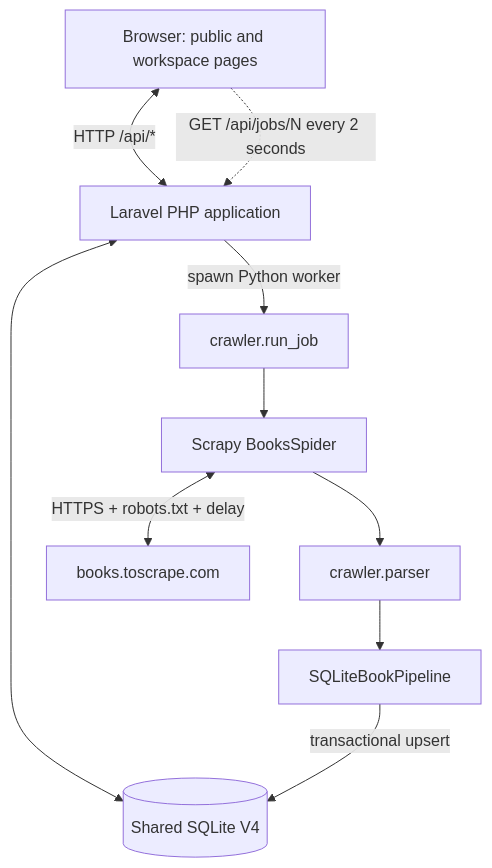
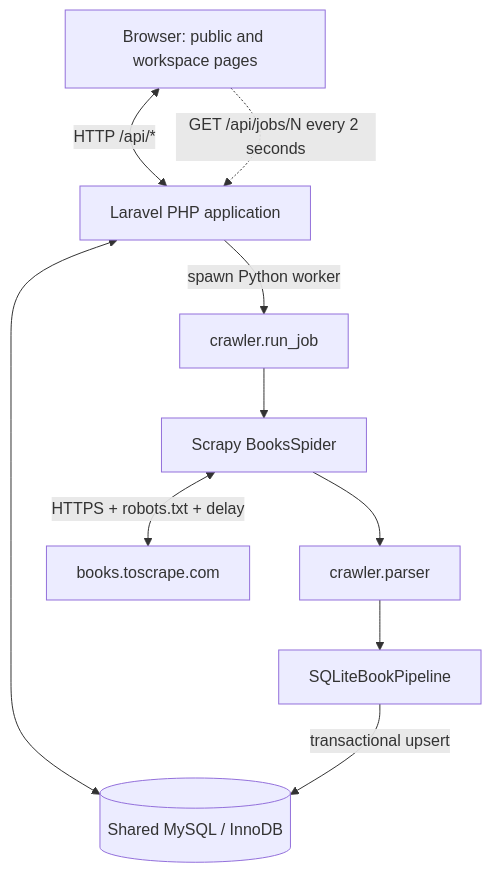
The first of 2 diagrams in docs/ARCHITECTURE.md (huytothevoz/LTW_ThucHanh), drawn with Mermaid before and after one commit. The commit also changed other lines of this file and 56 other files, not shown here.

````diff
--- a/docs/ARCHITECTURE.md
+++ b/docs/ARCHITECTURE.md
@@ -7,12 +7,12 @@
 ```mermaid
 flowchart TD
   UI[Browser: public and workspace pages] <-->|HTTP /api/*| WEB[Laravel PHP application]
-  WEB <--> DB[(Shared SQLite V4)]
+  WEB <--> DB[(Shared MySQL / InnoDB)]
   WEB -->|spawn Python worker| RUN[crawler.run_job]
   RUN --> SCRAPY[Scrapy BooksSpider]
   SCRAPY <-->|HTTPS + robots.txt + delay| SITE[books.toscrape.com]
   SCRAPY --> PARSER[crawler.parser]
   PARSER --> PIPE[SQLiteBookPipeline]
   PIPE -->|transactional upsert| DB
   UI -.->|GET /api/jobs/N every 2 seconds| WEB
 ```
````
